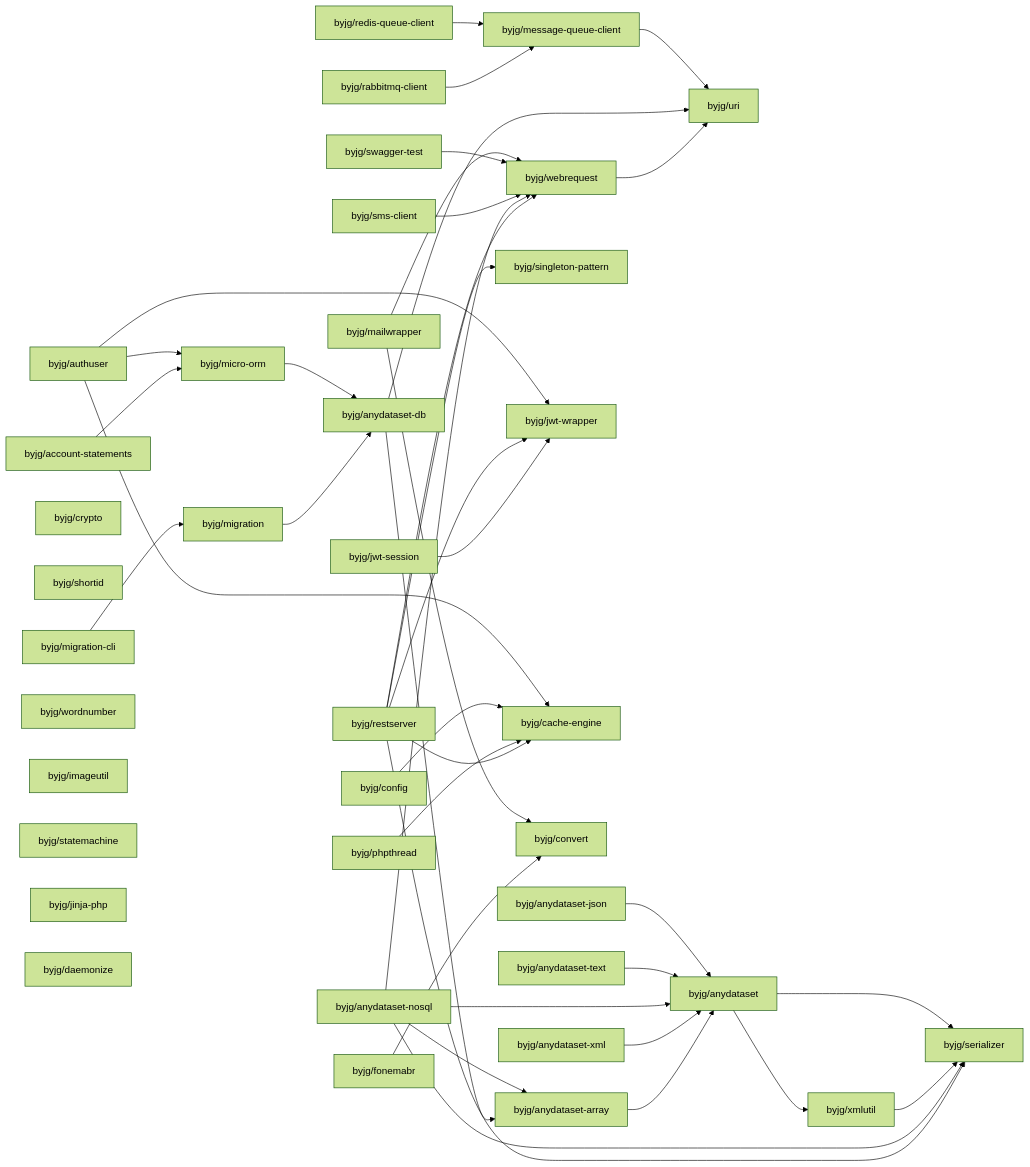
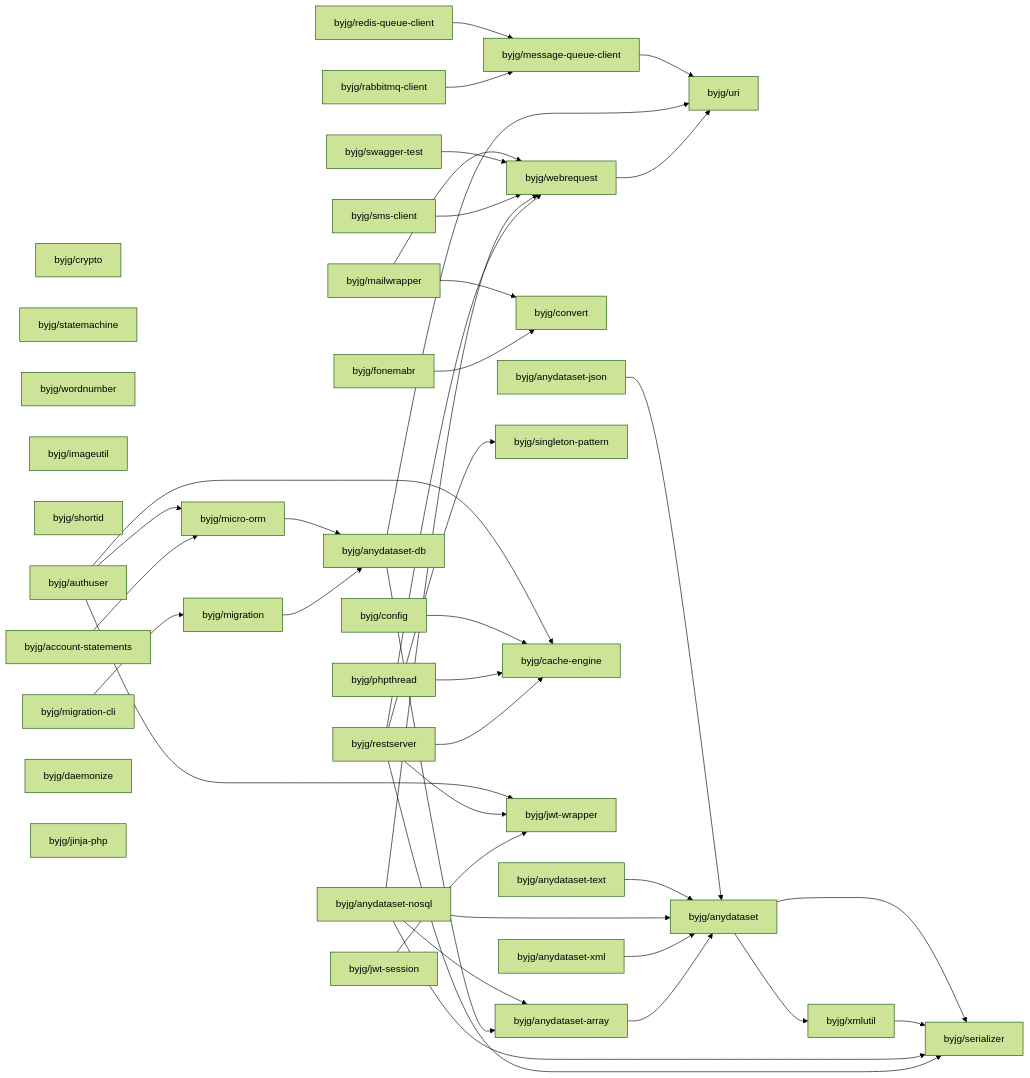
One commit to byjg/byjg.github.io changed the diagram in docs/php/README.md. Above: the diagram before and after it, drawn with Mermaid (forest theme). The commit also changed other lines of this file, not shown here.

Commit message:
Update documentation 'php' 'php-migration-cli'

````diff
--- a/docs/php/README.md
+++ b/docs/php/README.md
@@ -3,78 +3,78 @@
 ```mermaid
 graph LR;
+  byjg/anydataset-json;
+  byjg/anydataset-text;
+  byjg/crypto;
+  byjg/mailwrapper;
+  byjg/config;
+  byjg/phpthread;
+  byjg/statemachine;
+  byjg/fonemabr;
+  byjg/wordnumber;
+  byjg/imageutil;
+  byjg/jwt-session;
+  byjg/shortid;
+  byjg/rabbitmq-client;
+  byjg/anydataset-nosql;
+  byjg/authuser;
+  byjg/account-statements;
+  byjg/anydataset-xml;
+  byjg/redis-queue-client;
   byjg/migration-cli;
-  byjg/authuser;
-  byjg/jwt-session;
-  byjg/crypto;
-  byjg/shortid;
-  byjg/account-statements;
-  byjg/config;
-  byjg/anydataset-json;
-  byjg/rabbitmq-client;
-  byjg/fonemabr;
+  byjg/daemonize;
+  byjg/swagger-test;
+  byjg/jinja-php;
   byjg/restserver;
-  byjg/wordnumber;
-  byjg/anydataset-nosql;
-  byjg/phpthread;
-  byjg/imageutil;
-  byjg/statemachine;
-  byjg/jinja-php;
-  byjg/swagger-test;
-  byjg/mailwrapper;
-  byjg/daemonize;
-  byjg/anydataset-xml;
   byjg/sms-client;
-  byjg/anydataset-text;
-  byjg/redis-queue-client;
+  byjg/convert;
+  byjg/micro-orm;
+  byjg/message-queue-client;
   byjg/migration;
-  byjg/micro-orm;
   byjg/singleton-pattern;
+  byjg/cache-engine;
   byjg/jwt-wrapper;
-  byjg/cache-engine;
-  byjg/convert;
   byjg/webrequest;
-  byjg/message-queue-client;
   byjg/anydataset-db;
   byjg/anydataset-array;
   byjg/uri;
   byjg/anydataset;
   byjg/xmlutil;
   byjg/serializer;
   byjg/account-statements --> byjg/micro-orm;
   byjg/fonemabr --> byjg/convert;
   byjg/webrequest --> byjg/uri;
   byjg/anydataset-array --> byjg/anydataset;
   byjg/anydataset-xml --> byjg/anydataset;
   byjg/rabbitmq-client --> byjg/message-queue-client;
   byjg/redis-queue-client --> byjg/message-queue-client;
   byjg/jwt-session --> byjg/jwt-wrapper;
   byjg/anydataset-db --> byjg/anydataset-array;
   byjg/anydataset-db --> byjg/uri;
   byjg/restserver --> byjg/serializer;
   byjg/restserver --> byjg/singleton-pattern;
   byjg/restserver --> byjg/cache-engine;
   byjg/restserver --> byjg/webrequest;
   byjg/restserver --> byjg/jwt-wrapper;
   byjg/migration --> byjg/anydataset-db;
   byjg/anydataset-nosql --> byjg/anydataset;
   byjg/anydataset-nosql --> byjg/anydataset-array;
   byjg/anydataset-nosql --> byjg/serializer;
   byjg/anydataset-nosql --> byjg/webrequest;
   byjg/phpthread --> byjg/cache-engine;
   byjg/sms-client --> byjg/webrequest;
   byjg/swagger-test --> byjg/webrequest;
   byjg/migration-cli --> byjg/migration;
   byjg/config --> byjg/cache-engine;
   byjg/anydataset-text --> byjg/anydataset;
   byjg/micro-orm --> byjg/anydataset-db;
   byjg/authuser --> byjg/micro-orm;
   byjg/authuser --> byjg/cache-engine;
   byjg/authuser --> byjg/jwt-wrapper;
   byjg/anydataset-json --> byjg/anydataset;
   byjg/mailwrapper --> byjg/convert;
   byjg/mailwrapper --> byjg/webrequest;
   byjg/xmlutil --> byjg/serializer;
   byjg/anydataset --> byjg/serializer;
   byjg/anydataset --> byjg/xmlutil;
   byjg/message-queue-client --> byjg/uri;
 ```
````
